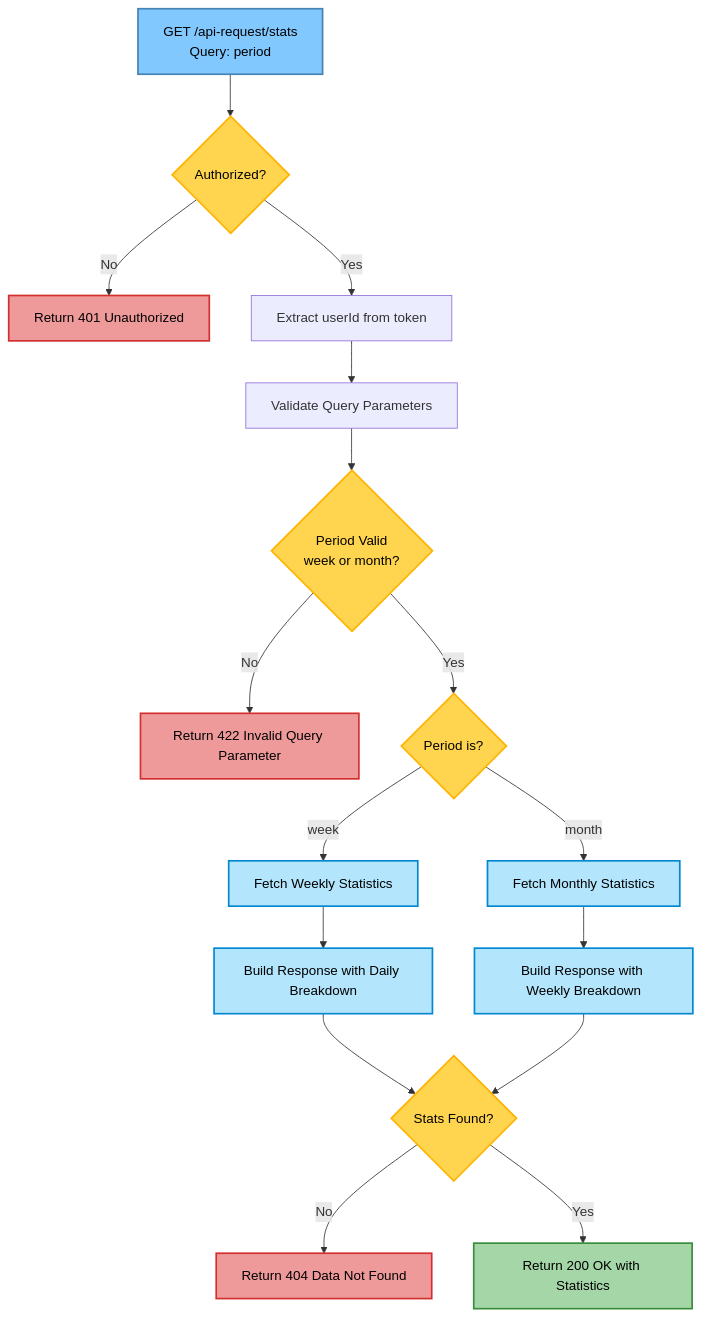
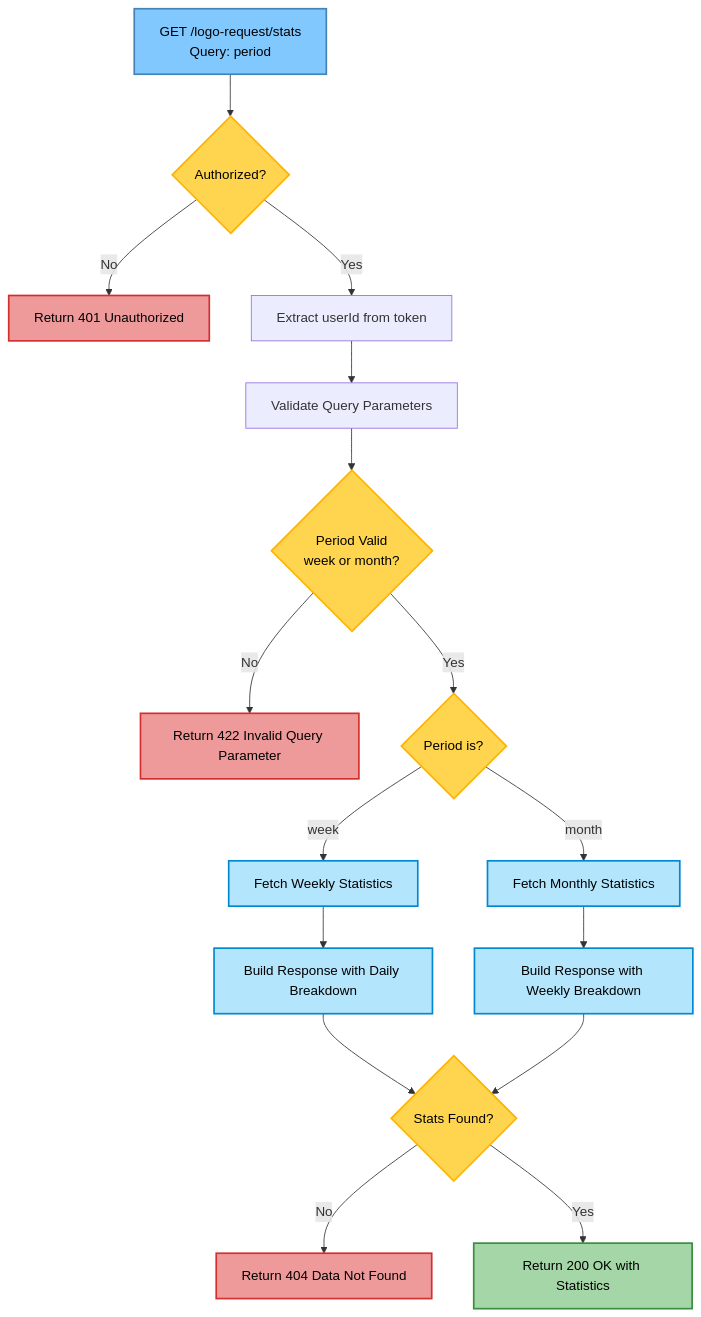
Before and after one commit to TeamShiksha/openlogo: diagram 27 of 27 in docs/DEVELOPMENT.md, drawn with Mermaid. The commit also changed 1 other file, not shown here.

Commit message:
docs: address Copilot suggestions in documentation

````diff
--- a/docs/DEVELOPMENT.md
+++ b/docs/DEVELOPMENT.md
@@ -2054,40 +2054,40 @@
 ```mermaid
 flowchart TD
-%% API Flow: GET /api-request/stats
-Start[GET /api-request/stats<br/>Query: period] --> Auth{Authorized?}
+%% API Flow: GET /logo-request/stats
+Start[GET /logo-request/stats<br/>Query: period] --> Auth{Authorized?}
 
 Auth -->|No| Auth401[Return 401 Unauthorized]
 Auth -->|Yes| ExtractUserId[Extract userId from token]
 
 ExtractUserId --> ValidateParams[Validate Query Parameters]
 ValidateParams --> PeriodValid{Period Valid<br/>week or month?}
 
 PeriodValid -->|No| Invalid422[Return 422 Invalid Query Parameter]
 PeriodValid -->|Yes| FetchStats{Period is?}
 
 FetchStats -->|week| GetWeeklyStats[Fetch Weekly Statistics]
 FetchStats -->|month| GetMonthlyStats[Fetch Monthly Statistics]
 
 GetWeeklyStats --> BuildWeeklyResponse[Build Response with Daily Breakdown]
 GetMonthlyStats --> BuildMonthlyResponse[Build Response with Weekly Breakdown]
 
 BuildWeeklyResponse --> StatsFound{Stats Found?}
 BuildMonthlyResponse --> StatsFound
 
 StatsFound -->|No| NotFound404[Return 404 Data Not Found]
 StatsFound -->|Yes| Success200[Return 200 OK with Statistics]
 
 classDef startEnd fill:#81C8FF,stroke:#4682B4,stroke-width:2px,color:#000;
 classDef decision fill:#FFD54F,stroke:#FFB300,stroke-width:2px,color:#000;
 classDef success fill:#A5D6A7,stroke:#388E3C,stroke-width:2px,color:#000;
 classDef error fill:#EF9A9A,stroke:#D32F2F,stroke-width:2px,color:#000;
 
 class Start,Success200 startEnd
 class Auth,PeriodValid,FetchStats,StatsFound decision
 class Success200 success
 class Auth401,Invalid422,NotFound404 error
 class GetWeeklyStats,GetMonthlyStats,BuildWeeklyResponse,BuildMonthlyResponse process
 
 classDef process fill:#B3E5FC,stroke:#0288D1,stroke-width:2px,color:#000;
 class GetWeeklyStats,GetMonthlyStats,BuildWeeklyResponse,BuildMonthlyResponse process
 ```
````
